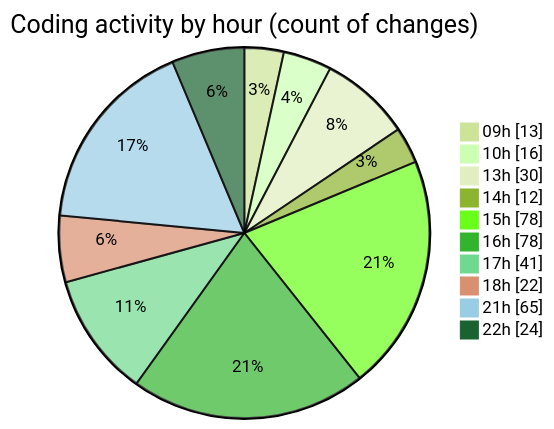
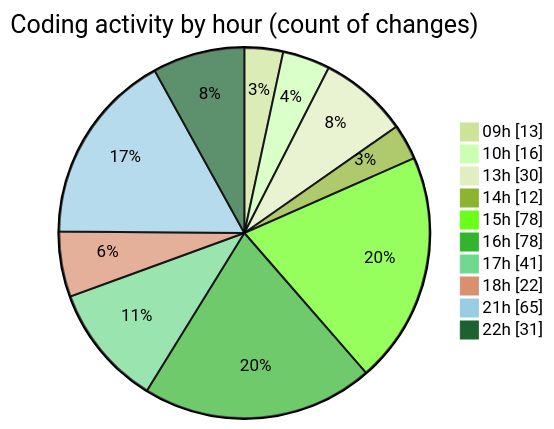
One commit to momahboobian/code-tracking changed the second of 2 diagrams in 2025-03-31/cda/README.md. Above: the diagram before and after it, drawn with Mermaid (forest theme). The commit also changed other lines of this file and 1 other file, not shown here.

````diff
--- a/2025-03-31/cda/README.md
+++ b/2025-03-31/cda/README.md
@@ -50,14 +50,14 @@
 ```mermaid
 pie showData
 title Coding activity by hour (count of changes)
 "09h" : 13
 "10h" : 16
 "13h" : 30
 "14h" : 12
 "15h" : 78
 "16h" : 78
 "17h" : 41
 "18h" : 22
 "21h" : 65
-"22h" : 24
+"22h" : 31
 ```
````
